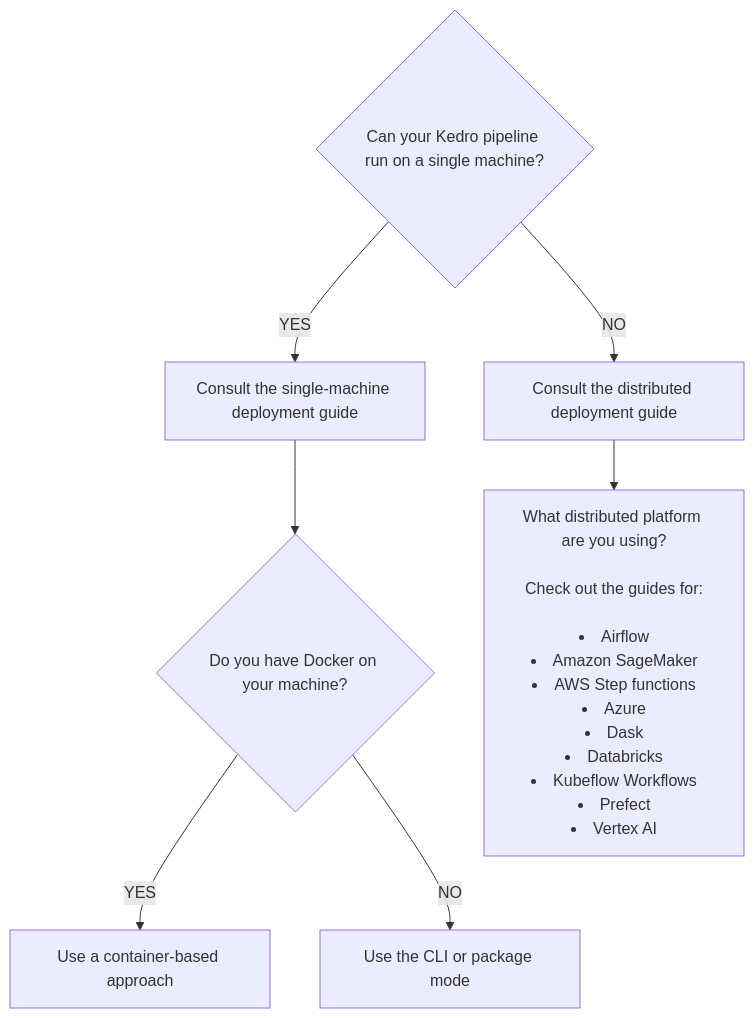
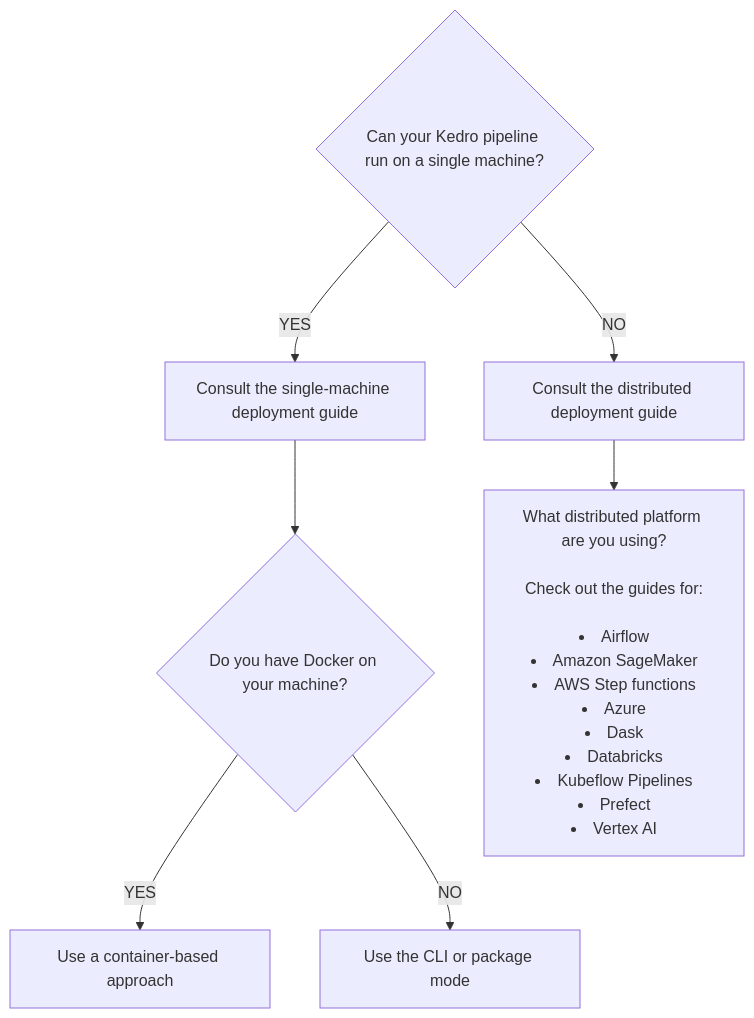
The diagram in docs/pages/deployment/index.md (kedro-org/kedro), drawn with Mermaid before and after one commit. The commit also changed other lines of this file and 2 other files, not shown here.

Commit message:
render mermaid diagrams

````diff
--- a/docs/pages/deployment/index.md
+++ b/docs/pages/deployment/index.md
@@ -19,9 +15,9 @@
 ```mermaid
 flowchart TD
     A{Can your Kedro pipeline run on a single machine?} -- YES --> B[Consult the single-machine deployment guide]
     B --> C{Do you have Docker on your machine?}
     C -- YES --> D[Use a container-based approach]
     C -- NO --> E[Use the CLI or package mode]
     A -- NO --> F[Consult the distributed deployment guide]
-    F --> G["What distributed platform are you using?<br/><br/>Check out the guides for:<br/><br/><li>Airflow</li><li>Amazon SageMaker</li><li>AWS Step functions</li><li>Azure</li><li>Dask</li><li>Databricks</li><li>Kubeflow Workflows</li><li>Prefect</li><li>Vertex AI</li>"]
+    F --> G["What distributed platform are you using?<br/><br/>Check out the guides for:<br/><br/><li>Airflow</li><li>Amazon SageMaker</li><li>AWS Step functions</li><li>Azure</li><li>Dask</li><li>Databricks</li><li>Kubeflow Pipelines</li><li>Prefect</li><li>Vertex AI</li>"]
 ```
````
